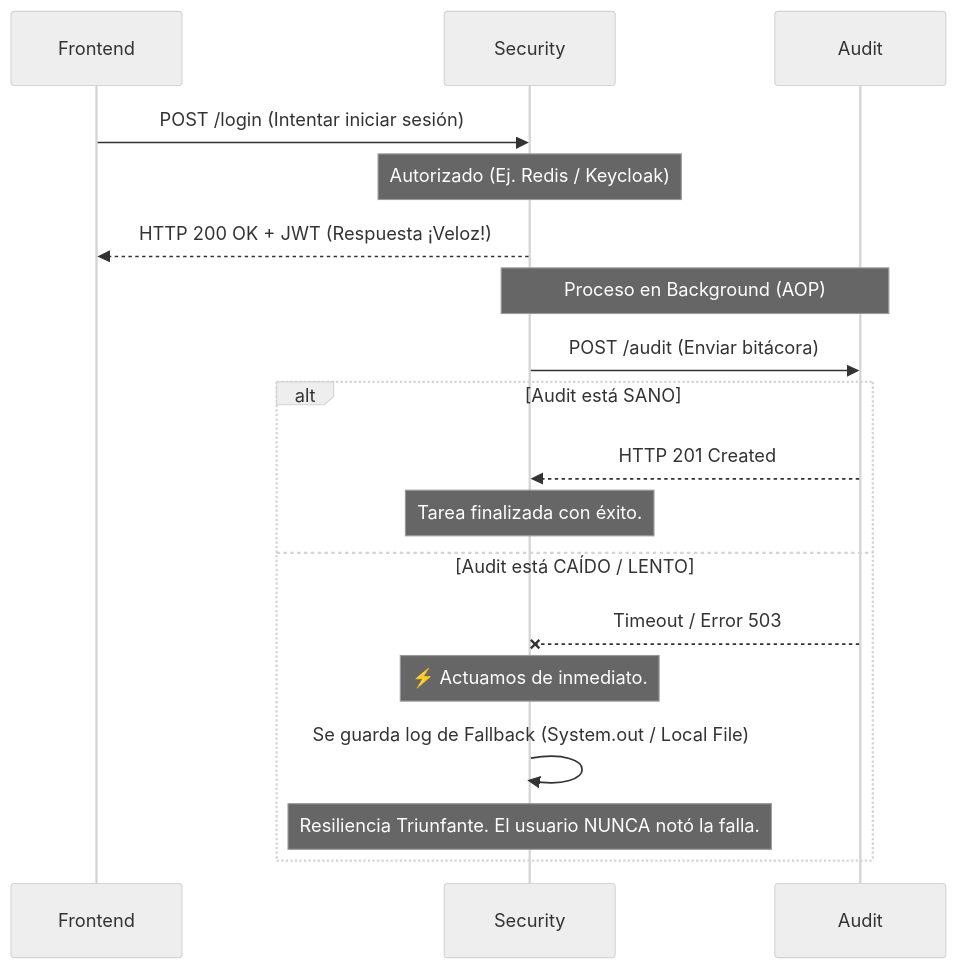
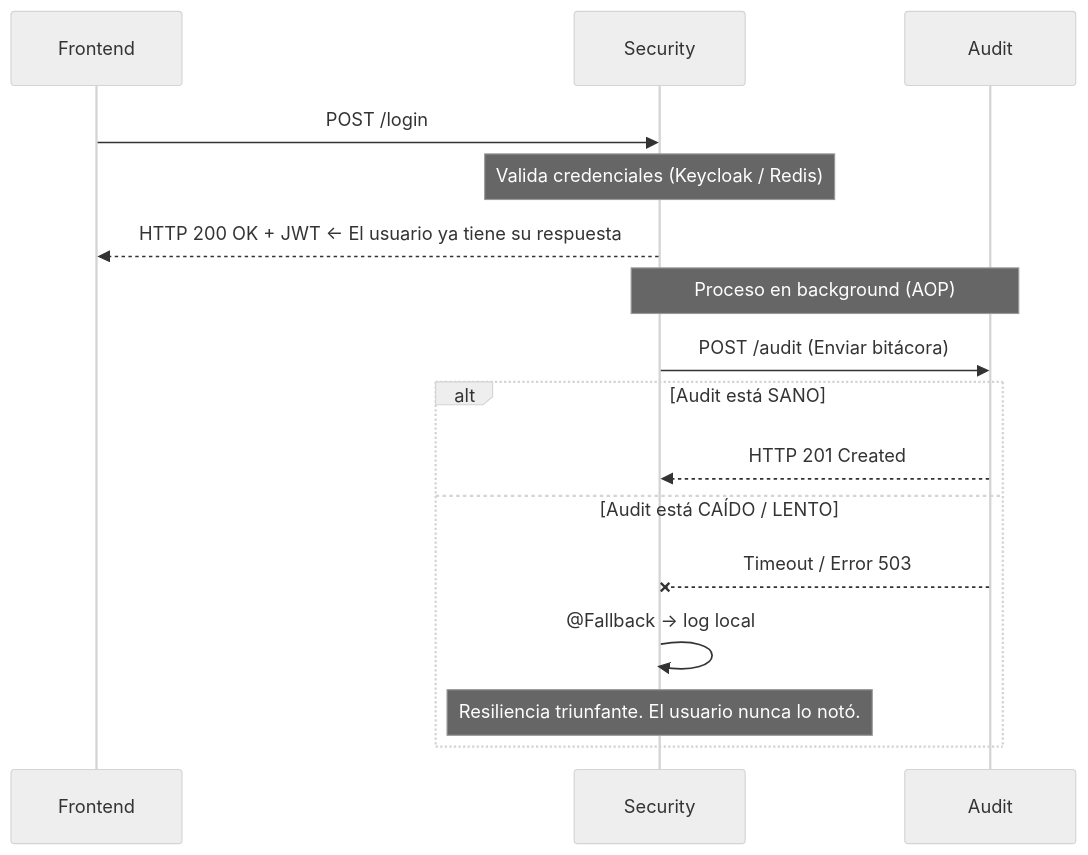
The first of 5 diagrams in docs/backend-java-quarkus/05-resiliencia/fault-tolerance.md (teamdroid-trainer/docs-docusaurus-trainer), drawn with Mermaid (neutral theme) before and after one commit. The commit also changed other lines of this file and 35 other files, not shown here.

````diff
--- a/docs/backend-java-quarkus/05-resiliencia/fault-tolerance.md
+++ b/docs/backend-java-quarkus/05-resiliencia/fault-tolerance.md
@@ -26,23 +22,21 @@
 ```mermaid
 sequenceDiagram
     participant Frontend
     participant Security
     participant Audit
 
-    Frontend->>Security: POST /login (Intentar iniciar sesión)
-    Note over Security: Autorizado (Ej. Redis / Keycloak)
-    Security-->>Frontend: HTTP 200 OK + JWT (Respuesta ¡Veloz!)
+    Frontend->>Security: POST /login
+    Note over Security: Valida credenciales (Keycloak / Redis)
+    Security-->>Frontend: HTTP 200 OK + JWT ← El usuario ya tiene su respuesta
 
-    Note over Security, Audit: Proceso en Background (AOP)
+    Note over Security, Audit: Proceso en background (AOP)
     Security->>Audit: POST /audit (Enviar bitácora)
 
     alt Audit está SANO
         Audit-->>Security: HTTP 201 Created
-        Note over Security: Tarea finalizada con éxito.
     else Audit está CAÍDO / LENTO
         Audit--xSecurity: Timeout / Error 503
-        Note over Security: ⚡ Actuamos de inmediato.
-        Security->>Security: Se guarda log de Fallback (System.out / Local File)
-        Note over Security: Resiliencia Triunfante. El usuario NUNCA notó la falla.
+        Security->>Security: @Fallback → log local
+        Note over Security: Resiliencia triunfante. El usuario nunca lo notó.
     end
 ```
````
